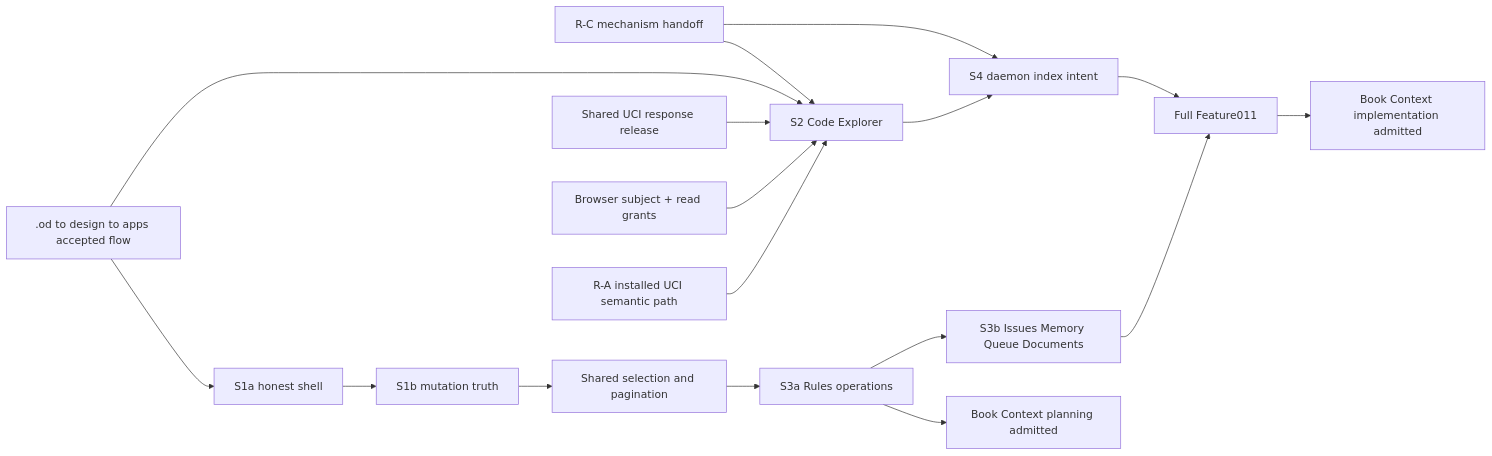
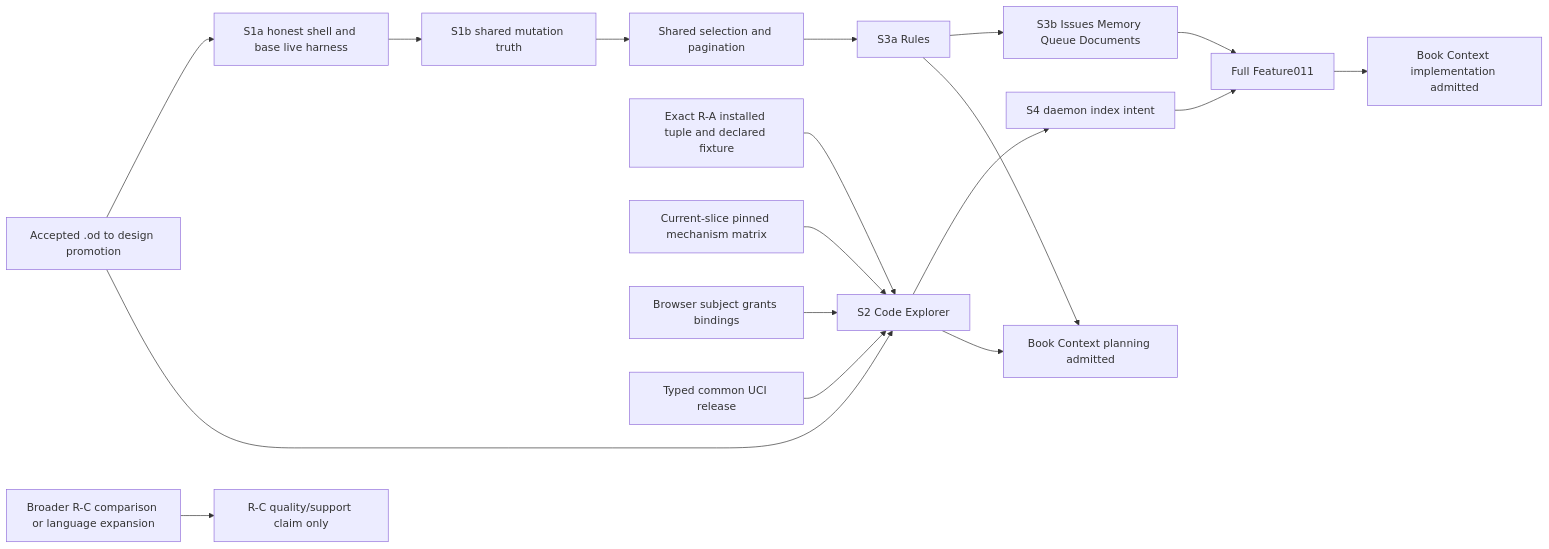
One commit to thebtf/engram changed the diagram in specs/011-operator-code-console/plan.md. Above: the diagram before and after it, drawn with Mermaid. The commit also changed other lines of this file and 8 other files, not shown here.

````diff
--- a/specs/011-operator-code-console/plan.md
+++ b/specs/011-operator-code-console/plan.md
@@ -82,19 +71,23 @@
 ```mermaid
 flowchart LR
-  RA[R-A installed UCI semantic path] --> S2[S2 Code Explorer]
-  AUTH[Browser subject + read grants] --> S2
-  RELEASE[Shared UCI response release] --> S2
-  DESIGN[.od to design to apps accepted flow] --> S1A[S1a honest shell]
+  DESIGN[Accepted .od to design promotion] --> S1A[S1a honest shell and base live harness]
+  S1A --> S1B[S1b shared mutation truth]
+  S1B --> SEL[Shared selection and pagination]
+  SEL --> RULES[S3a Rules]
+  RULES --> OTHER[S3b Issues Memory Queue Documents]
+
+  RA[Exact R-A installed tuple and declared fixture] --> S2[S2 Code Explorer]
+  MECH[Current-slice pinned mechanism matrix] --> S2
+  AUTH[Browser subject grants bindings] --> S2
+  RELEASE[Typed common UCI release] --> S2
   DESIGN --> S2
-  S1A --> S1B[S1b mutation truth]
-  S1B --> SEL[Shared selection and pagination]
-  SEL --> RULES[S3a Rules operations]
-  RULES --> OTHER[S3b Issues Memory Queue Documents]
   S2 --> S4[S4 daemon index intent]
-  RULES --> BOOKPLAN[Book Context planning admitted]
+
+  S2 --> BOOKPLAN[Book Context planning admitted]
+  RULES --> BOOKPLAN
   OTHER --> FULL[Full Feature011]
   S4 --> FULL
   FULL --> BOOKIMPL[Book Context implementation admitted]
-  RC[R-C mechanism handoff] --> S2
-  RC --> S4
+
+  RC[Broader R-C comparison or language expansion] --> RCCLAIM[R-C quality/support claim only]
 ```
````
